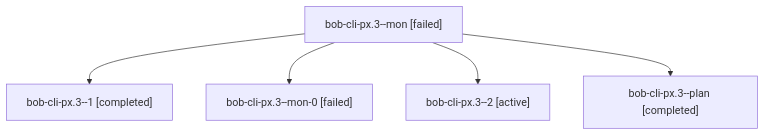
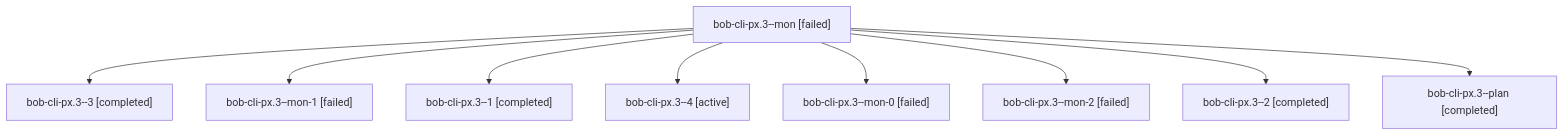
The diagram in sessions/bbugyi200.athena.bob-cli-px.3.md (bobs-org/bob-cli--agents), drawn with Mermaid before and after one commit. The commit also changed other lines of this file and 50 other files, not shown here.

````diff
--- a/sessions/bbugyi200.athena.bob-cli-px.3.md
+++ b/sessions/bbugyi200.athena.bob-cli-px.3.md
@@ -9,12 +9,20 @@
 ```mermaid
 flowchart TD
   n0["bob-cli-px.3--mon [failed]"]
-  n1["bob-cli-px.3--1 [completed]"]
+  n1["bob-cli-px.3--3 [completed]"]
   n0 --> n1
-  n2["bob-cli-px.3--mon-0 [failed]"]
+  n2["bob-cli-px.3--mon-1 [failed]"]
   n0 --> n2
-  n3["bob-cli-px.3--2 [active]"]
+  n3["bob-cli-px.3--1 [completed]"]
   n0 --> n3
-  n4["bob-cli-px.3--plan [completed]"]
+  n4["bob-cli-px.3--4 [active]"]
   n0 --> n4
+  n5["bob-cli-px.3--mon-0 [failed]"]
+  n0 --> n5
+  n6["bob-cli-px.3--mon-2 [failed]"]
+  n0 --> n6
+  n7["bob-cli-px.3--2 [completed]"]
+  n0 --> n7
+  n8["bob-cli-px.3--plan [completed]"]
+  n0 --> n8
 ```
````
